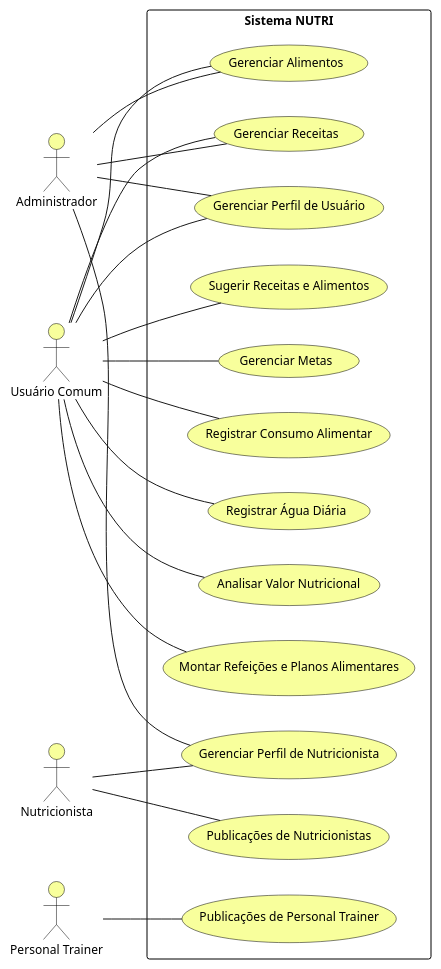
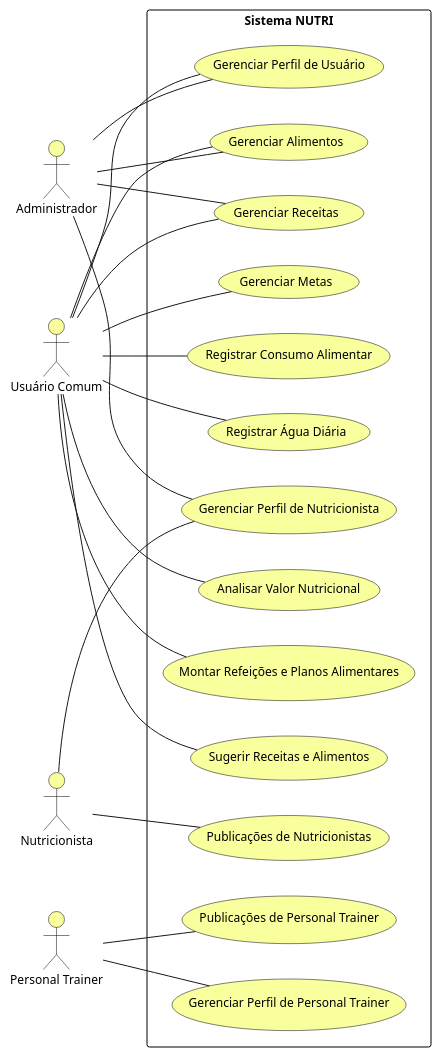
Before and after one commit to ICEI-PUC-Minas-PMV-SI/pmv-si-2025-2-pe3-t1-eixo3-projeto_nutri: the diagram in docs/assets/useCaseDiagram.puml, drawn with PlantUML. The commit also changed 1 other file, not shown here.

Commit message:
feat: adds another personal trainer usecase

```diff
--- a/docs/assets/useCaseDiagram.puml
+++ b/docs/assets/useCaseDiagram.puml
@@ -1,63 +1,65 @@
 @startuml
 left to right direction
 
 ' Estilo dos atores
 skinparam actorStyle stickman
 skinparam actorBackgroundColor #F8FF9C
 skinparam actorBorderColor black
 skinparam actorFontColor black
 skinparam actorFontSize 12
 
 ' Estilo dos casos de uso
 skinparam usecaseBackgroundColor #F8FF9C
 skinparam usecaseBorderColor black
 skinparam usecaseFontSize 12
 skinparam usecaseFontColor black
 skinparam usecaseRoundCorner 20
 
 ' Estilo das retângulos de sistema
 skinparam rectangle {
   BorderColor black
   FontSize 12
 }
 
 actor "Administrador" as A1
 actor "Usuário Comum" as A2
 actor "Nutricionista" as A3
 actor "Personal Trainer" as A4
 
 rectangle "Sistema NUTRI" {
     usecase "Gerenciar Perfil de Usuário" as UC1
     usecase "Gerenciar Alimentos" as UC2
     usecase "Gerenciar Receitas" as UC3
     usecase "Analisar Valor Nutricional" as UC4
     usecase "Montar Refeições e Planos Alimentares" as UC5
     usecase "Sugerir Receitas e Alimentos" as UC6
     usecase "Gerenciar Metas" as UC7
     usecase "Registrar Consumo Alimentar" as UC8
     usecase "Registrar Água Diária" as UC9
     usecase "Gerenciar Perfil de Nutricionista" as UC10
     usecase "Publicações de Nutricionistas" as UC11
     usecase "Publicações de Personal Trainer" as UC12
+    usecase "Gerenciar Perfil de Personal Trainer" as CSU13
 }
 
 A2 -- UC1
 A2 -- UC2
 A2 -- UC3
 A2 -- UC4
 A2 -- UC5
 A2 -- UC6
 A2 -- UC7
 A2 -- UC8
 A2 -- UC9
 
 A3 -- UC10
 A3 -- UC11
 
 A4 -- UC12
+A4 -- CSU13
 
 A1 -- UC1
 A1 -- UC2
 A1 -- UC3
 A1 -- UC10
 @enduml
```
